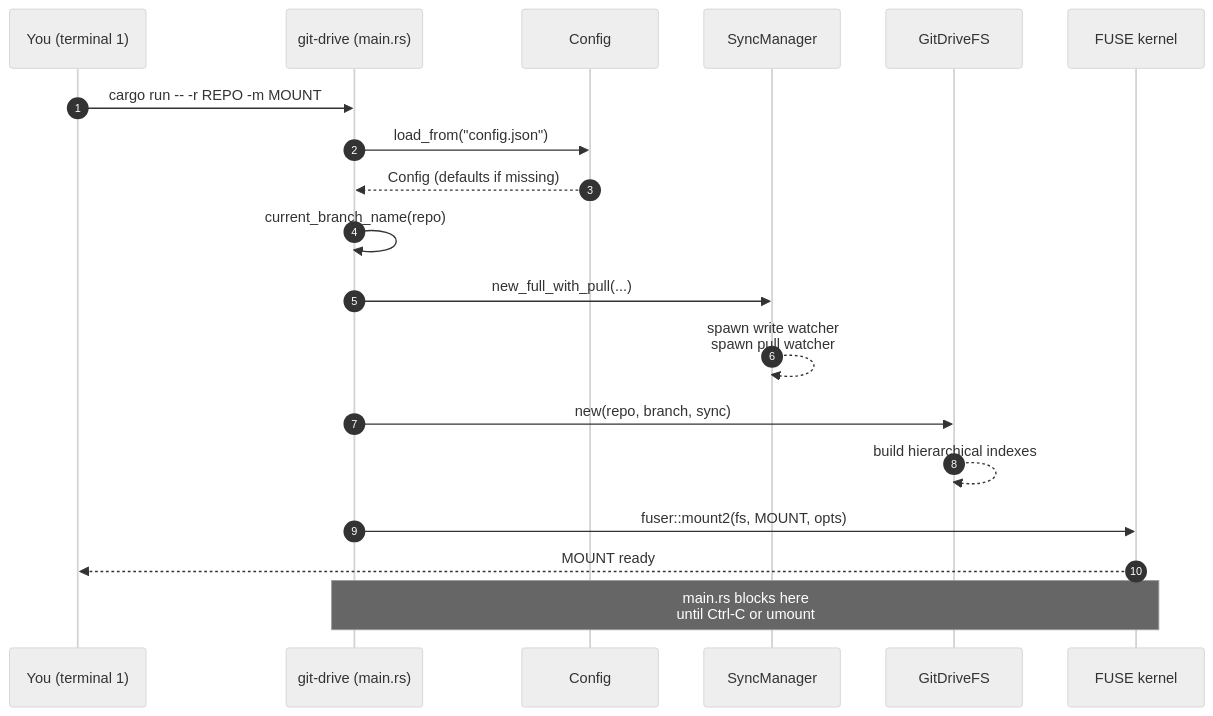
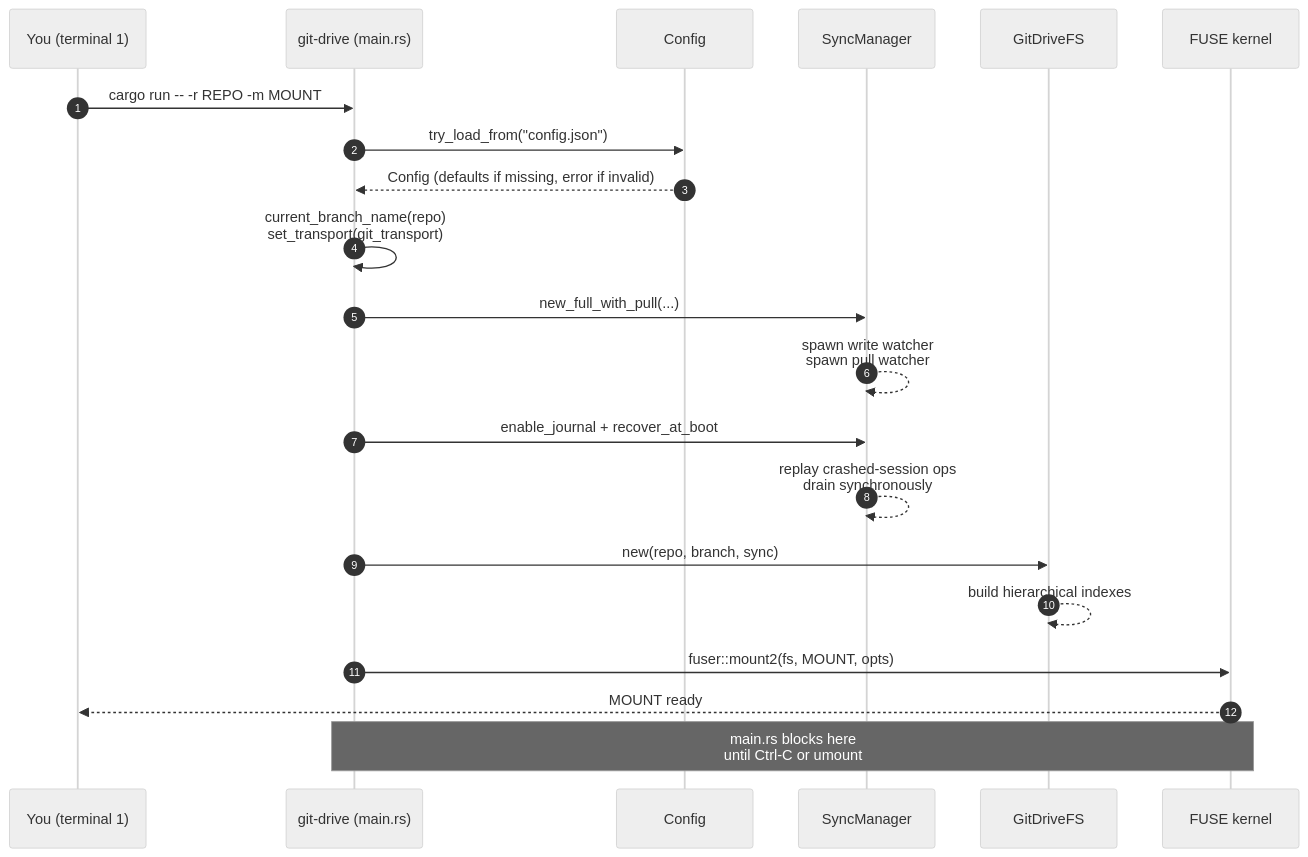
One commit to giacomeli/git-drive changed the second of 2 diagrams in docs/usage.md. Above: the diagram before and after it, drawn with Mermaid (neutral theme). The commit also changed other lines of this file and 8 other files, not shown here.

````diff
--- a/docs/usage.md
+++ b/docs/usage.md
@@ -259,21 +281,23 @@
 ```mermaid
 sequenceDiagram
     autonumber
     participant U as You (terminal 1)
     participant M as git-drive (main.rs)
     participant C as Config
     participant S as SyncManager
     participant F as GitDriveFS
     participant K as FUSE kernel
     U->>M: cargo run -- -r REPO -m MOUNT
-    M->>C: load_from("config.json")
-    C-->>M: Config (defaults if missing)
-    M->>M: current_branch_name(repo)
+    M->>C: try_load_from("config.json")
+    C-->>M: Config (defaults if missing, error if invalid)
+    M->>M: current_branch_name(repo)<br/>set_transport(git_transport)
     M->>S: new_full_with_pull(...)
     S-->>S: spawn write watcher<br/>spawn pull watcher
+    M->>S: enable_journal + recover_at_boot
+    S-->>S: replay crashed-session ops<br/>drain synchronously
     M->>F: new(repo, branch, sync)
     F-->>F: build hierarchical indexes
     M->>K: fuser::mount2(fs, MOUNT, opts)
     K-->>U: MOUNT ready
     Note over M,K: main.rs blocks here<br/>until Ctrl-C or umount
 ```
````
